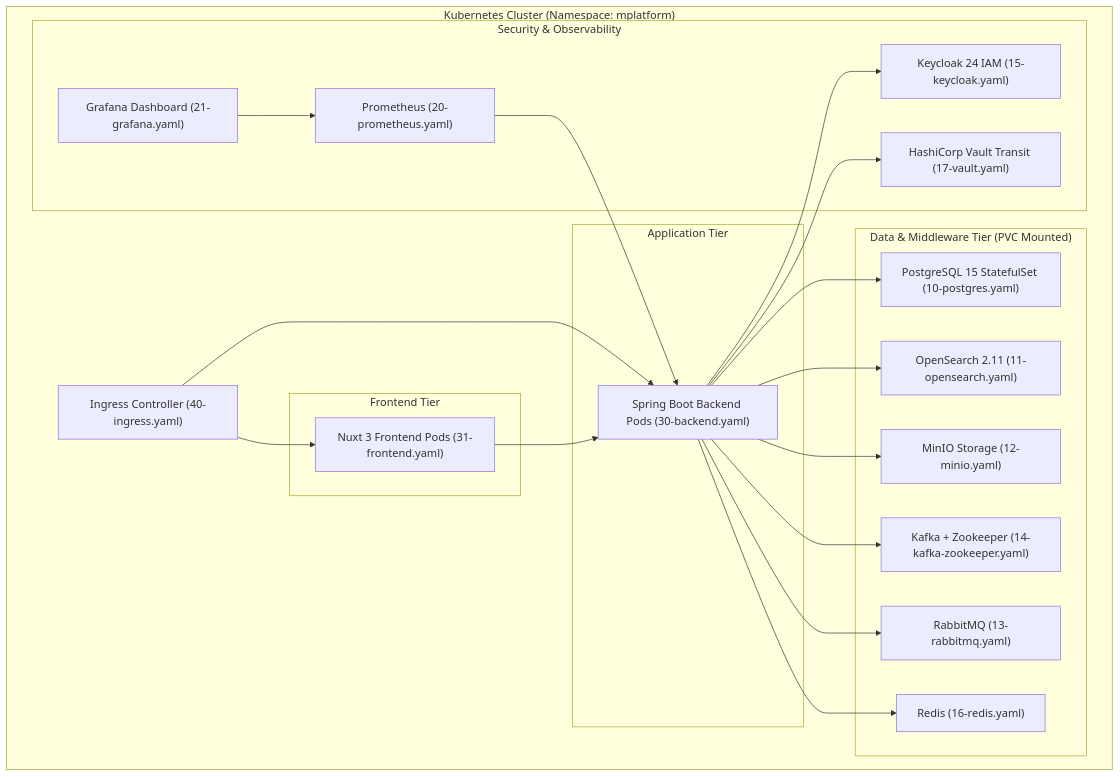
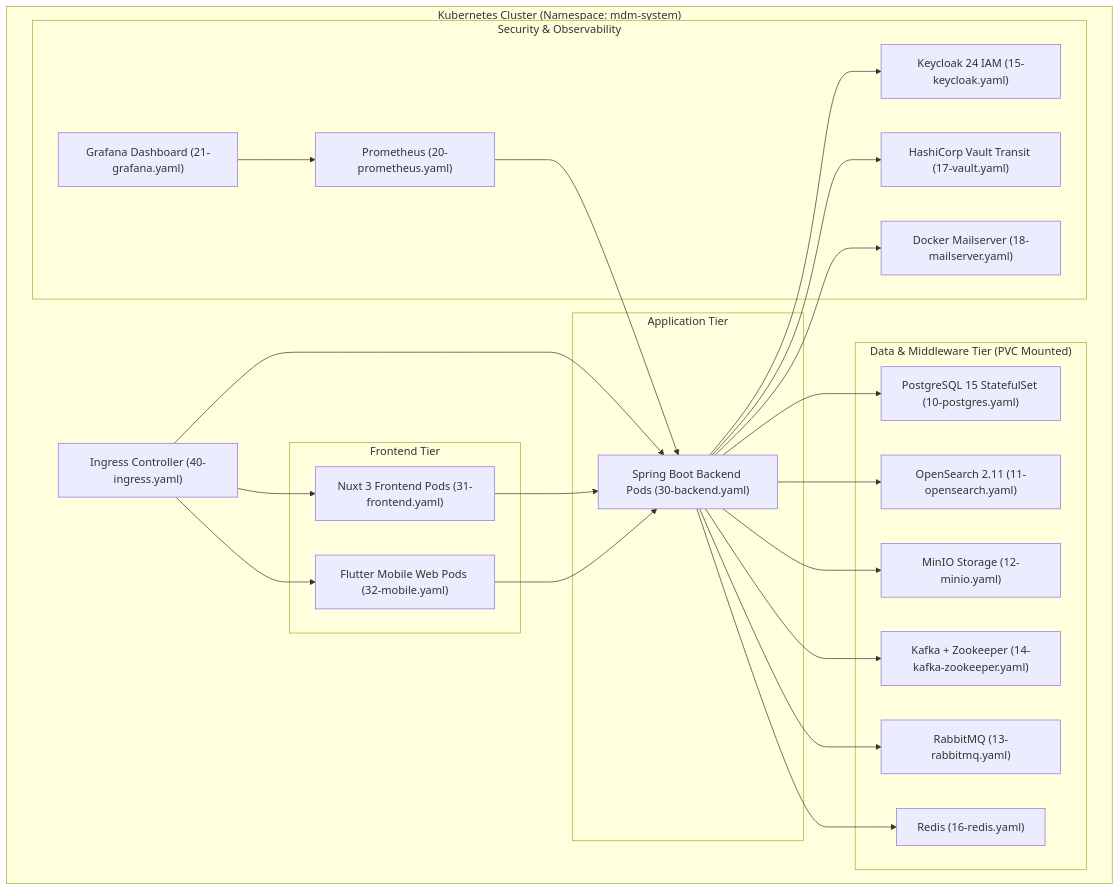
The diagram in spac/10_infrastructure_and_deployment.md (Profavor/mplatform), drawn with Mermaid before and after one commit. The commit also changed other lines of this file and 6 other files, not shown here.

````diff
--- a/spac/10_infrastructure_and_deployment.md
+++ b/spac/10_infrastructure_and_deployment.md
@@ -9,44 +9,49 @@
 ```mermaid
 graph TD
-    subgraph K8sCluster ["Kubernetes Cluster (Namespace: mplatform)"]
+    subgraph K8sCluster ["Kubernetes Cluster (Namespace: mdm-system)"]
         ING["Ingress Controller (40-ingress.yaml)"]
         
         subgraph FrontTier ["Frontend Tier"]
             FE_POD["Nuxt 3 Frontend Pods (31-frontend.yaml)"]
+            MOB_POD["Flutter Mobile Web Pods (32-mobile.yaml)"]
         end
         
         subgraph AppTier ["Application Tier"]
             BE_POD["Spring Boot Backend Pods (30-backend.yaml)"]
         end
         
         subgraph DataTier ["Data & Middleware Tier (PVC Mounted)"]
             PG_POD["PostgreSQL 15 StatefulSet (10-postgres.yaml)"]
             OS_POD["OpenSearch 2.11 (11-opensearch.yaml)"]
             MINIO_POD["MinIO Storage (12-minio.yaml)"]
             KAFKA_POD["Kafka + Zookeeper (14-kafka-zookeeper.yaml)"]
             RABBIT_POD["RabbitMQ (13-rabbitmq.yaml)"]
             REDIS_POD["Redis (16-redis.yaml)"]
         end
         
         subgraph SecOpsTier ["Security & Observability"]
             KC_POD["Keycloak 24 IAM (15-keycloak.yaml)"]
             VAULT_POD["HashiCorp Vault Transit (17-vault.yaml)"]
+            MAIL_POD["Docker Mailserver (18-mailserver.yaml)"]
             PROM_POD["Prometheus (20-prometheus.yaml)"]
             GRAF_POD["Grafana Dashboard (21-grafana.yaml)"]
         end
     end
 
     ING --> FE_POD
+    ING --> MOB_POD
     ING --> BE_POD
     FE_POD --> BE_POD
+    MOB_POD --> BE_POD
     BE_POD --> KC_POD
     BE_POD --> VAULT_POD
+    BE_POD --> MAIL_POD
     BE_POD --> PG_POD
     BE_POD --> OS_POD
     BE_POD --> MINIO_POD
     BE_POD --> KAFKA_POD
     BE_POD --> RABBIT_POD
     BE_POD --> REDIS_POD
     PROM_POD --> BE_POD
     GRAF_POD --> PROM_POD
 ```
````
